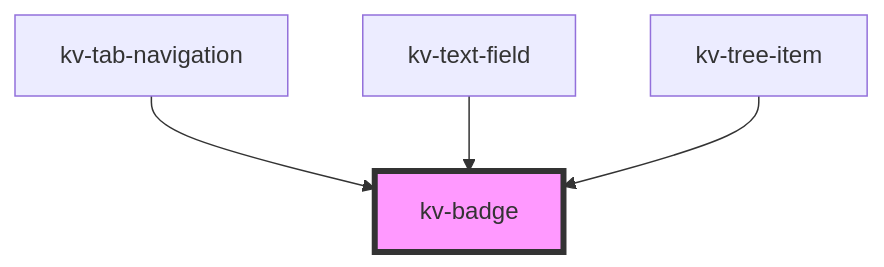
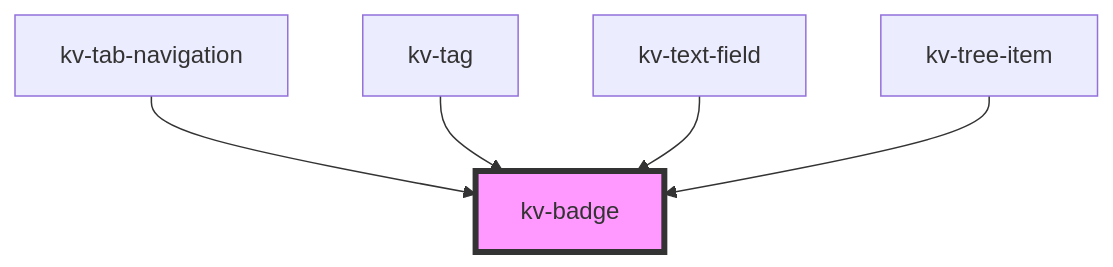
The diagram in packages/ui-components/src/components/badge/readme.md (kelvininc/ui-components), drawn with Mermaid before and after one commit. The commit also changed other lines of this file and 37 other files, not shown here.

First line of the commit message:
feat(tag)!: redesign kv-tag with color variants, icon and badge support

````diff
--- a/packages/ui-components/src/components/badge/readme.md
+++ b/packages/ui-components/src/components/badge/readme.md
@@ -82,7 +83,8 @@
 ```mermaid
 graph TD;
   kv-tab-navigation --> kv-badge
+  kv-tag --> kv-badge
   kv-text-field --> kv-badge
   kv-tree-item --> kv-badge
   style kv-badge fill:#f9f,stroke:#333,stroke-width:4px
 ```
````
